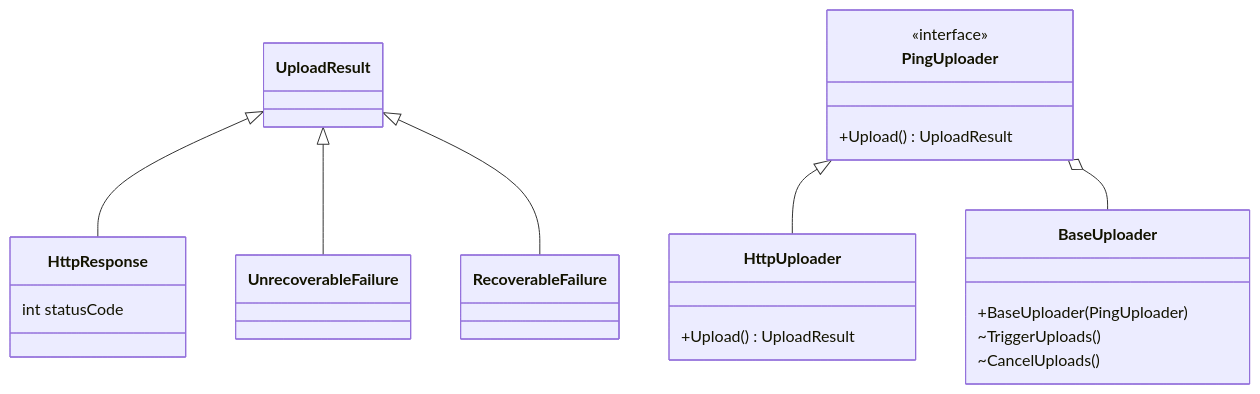
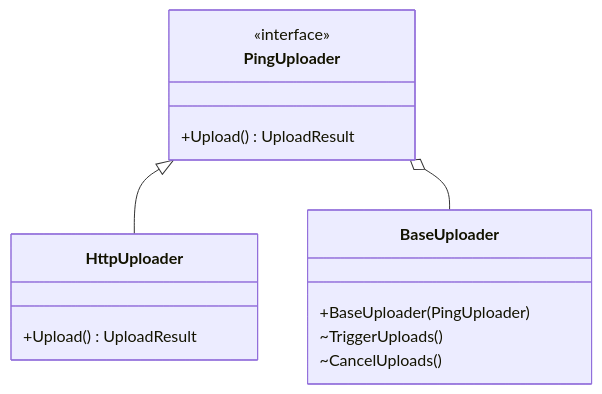
The second of 4 diagrams in docs/dev/core/internal/upload.md (mozilla/glean), drawn with Mermaid before and after one commit. The commit also changed other lines of this file, not shown here.

````diff
--- a/docs/dev/core/internal/upload.md
+++ b/docs/dev/core/internal/upload.md
@@ -12,37 +45,21 @@
 ```mermaid
 classDiagram
-    class UploadResult {
-    }
-
-    class HttpResponse {
-        int statusCode
-    }
-
-    class UnrecoverableFailure {
-    }
-
-    class RecoverableFailure {
-    }
-
     class PingUploader {
         <<interface>>
         +Upload() UploadResult
     }
 
     class BaseUploader {
         +BaseUploader(PingUploader)
         ~TriggerUploads()
         ~CancelUploads()
     }
 
     class HttpUploader {
         +Upload() UploadResult
     }
 
-    UploadResult <|-- HttpResponse
-    UploadResult <|-- UnrecoverableFailure
-    UploadResult <|-- RecoverableFailure
     PingUploader <|-- HttpUploader
     PingUploader o-- BaseUploader
 
 ```
````
